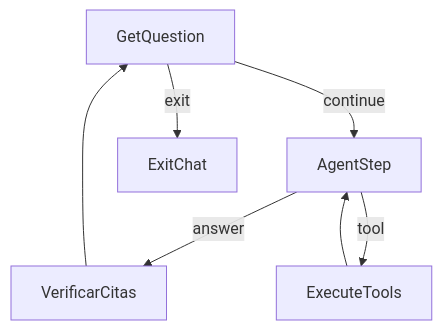
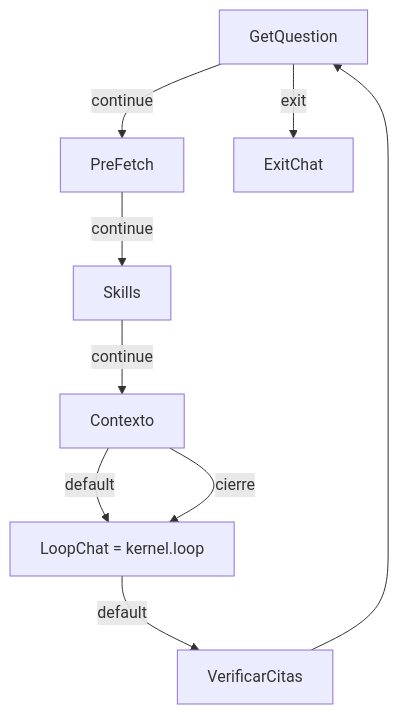
One commit to poladb-afk/deepseek-flow changed the first of 9 diagrams in docs/design.md. Above: the diagram before and after it, drawn with Mermaid. The commit also changed other lines of this file and 26 other files, not shown here.

````diff
--- a/docs/design.md
+++ b/docs/design.md
@@ -16,9 +16,11 @@
 ```mermaid
 flowchart TD
-    q[GetQuestion] -->|continue| s[AgentStep]
-    s -->|answer| c[VerificarCitas]
+    q[GetQuestion] -->|continue| p[PreFetch]
+    p -->|continue| k[Skills]
+    k -->|continue| ct[Contexto]
+    ct -->|default| L[LoopChat = kernel.loop]
+    ct -->|cierre| L
+    L -->|default| c[VerificarCitas]
     c --> q
-    s -->|tool| t[ExecuteTools]
-    t --> s
     q -->|exit| x[ExitChat]
 ```
````
